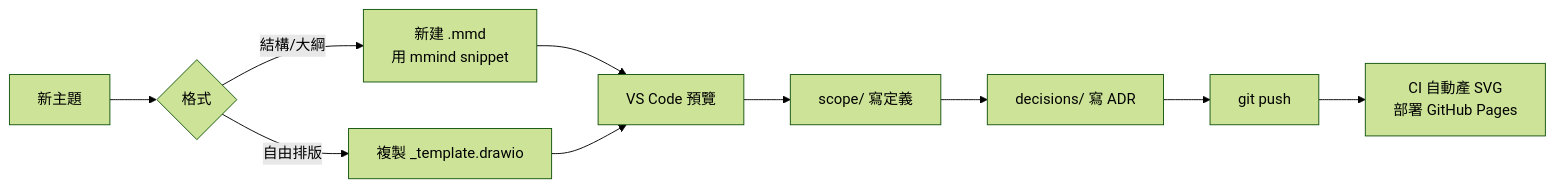
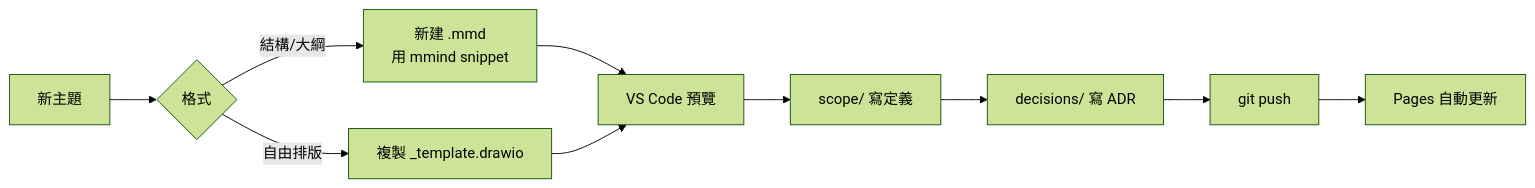
The diagram in README.md (Benden-NPI/LiquidJet-Project-Visualization), drawn with Mermaid (forest theme) before and after one commit. The commit also changed other lines of this file and 8 other files, not shown here.

First line of the commit message:
Clean up leftover mindmap-preview pipeline

````diff
--- a/README.md
+++ b/README.md
@@ -38,12 +40,12 @@
 ```mermaid
 flowchart LR
     A[新主題] --> B{格式}
     B -- 結構/大綱 --> C[新建 .mmd<br/>用 mmind snippet]
     B -- 自由排版 --> D[複製 _template.drawio]
     C --> E[VS Code 預覽]
     D --> E
     E --> F[scope/ 寫定義]
     F --> G[decisions/ 寫 ADR]
     G --> H[git push]
-    H --> I[CI 自動產 SVG<br/>部署 GitHub Pages]
+    H --> I[Pages 自動更新]
 ```
````
